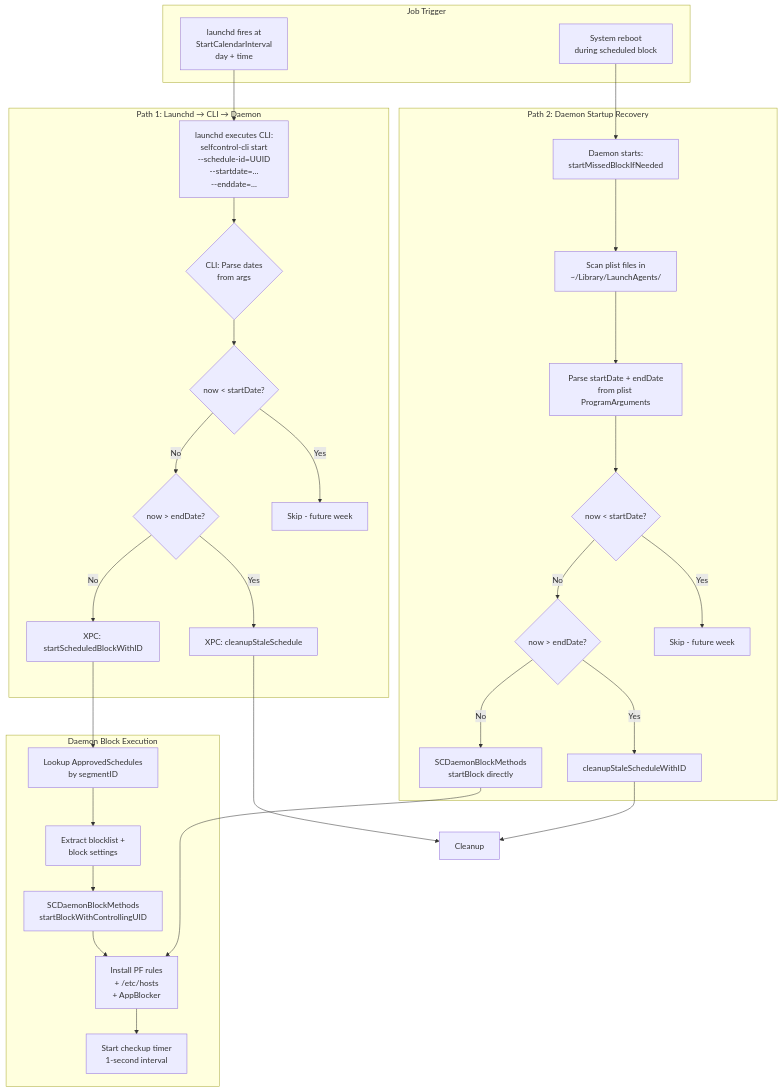
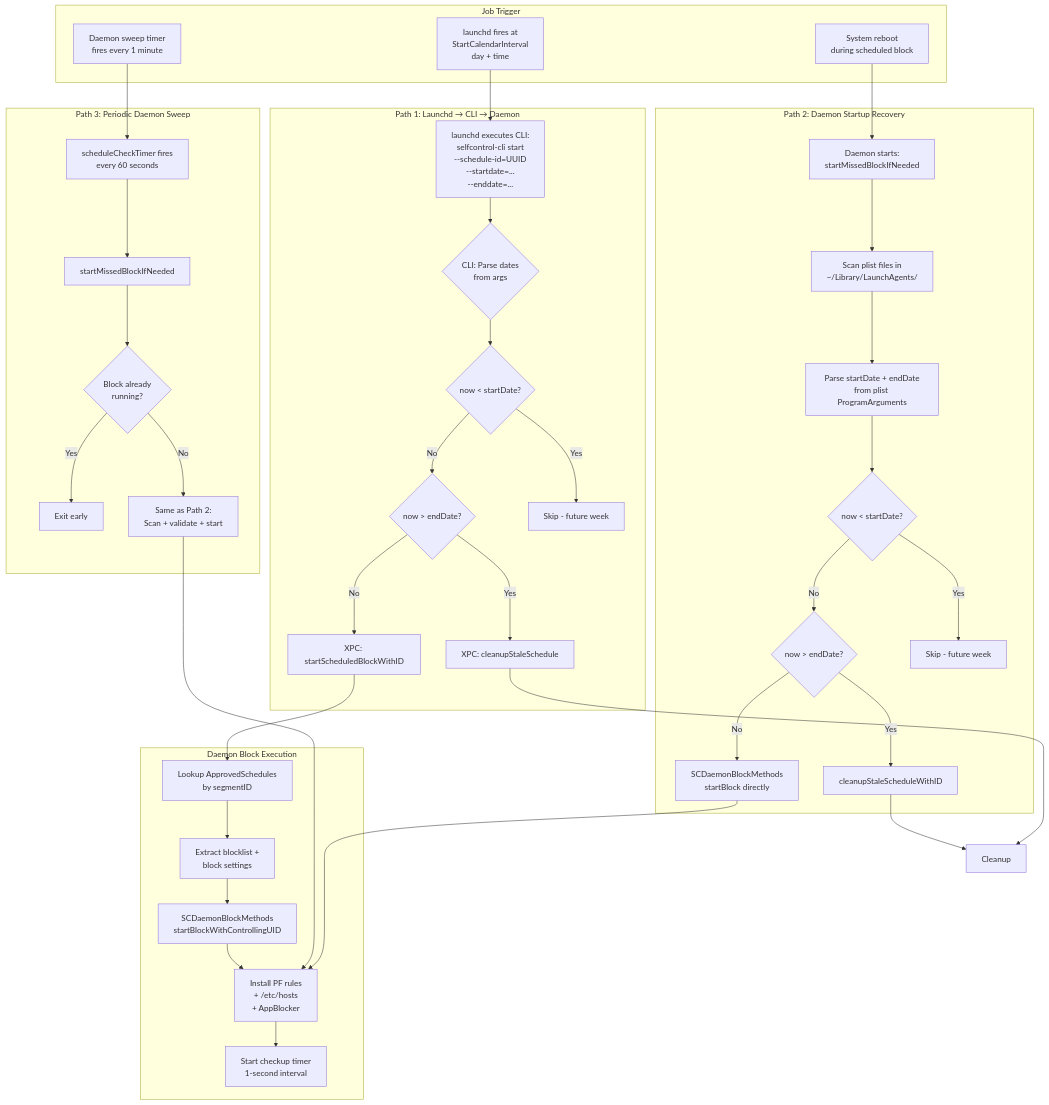
The second of 7 diagrams in docs/SCHEDULE_JOB_LIFECYCLE.md (bodhibyte/fence), drawn with Mermaid before and after one commit. The commit also changed other lines of this file and 6 other files, not shown here.

First line of the commit message:
Add 1-minute daemon sweep for scheduled block resilience

````diff
--- a/docs/SCHEDULE_JOB_LIFECYCLE.md
+++ b/docs/SCHEDULE_JOB_LIFECYCLE.md
@@ -48,62 +58,78 @@
 ```mermaid
 flowchart TB
     subgraph Trigger["Job Trigger"]
         T1[launchd fires at<br/>StartCalendarInterval<br/>day + time]
         T2[System reboot<br/>during scheduled block]
+        T3[Daemon sweep timer<br/>fires every 1 minute]
     end
 
     subgraph Path1["Path 1: Launchd → CLI → Daemon"]
         P1A[launchd executes CLI:<br/>selfcontrol-cli start<br/>--schedule-id=UUID<br/>--startdate=...<br/>--enddate=...]
         P1B{CLI: Parse dates<br/>from args}
         P1C{now < startDate?}
         P1D{now > endDate?}
         P1E[XPC: cleanupStaleSchedule]
         P1F[XPC: startScheduledBlockWithID]
         P1G[Skip - future week]
     end
 
     subgraph Path2["Path 2: Daemon Startup Recovery"]
         P2A[Daemon starts:<br/>startMissedBlockIfNeeded]
         P2B[Scan plist files in<br/>~/Library/LaunchAgents/]
         P2C[Parse startDate + endDate<br/>from plist ProgramArguments]
         P2D{now < startDate?}
         P2E{now > endDate?}
         P2F[cleanupStaleScheduleWithID]
         P2G[SCDaemonBlockMethods<br/>startBlock directly]
         P2H[Skip - future week]
+    end
+
+    subgraph Path3["Path 3: Periodic Daemon Sweep"]
+        P3A[scheduleCheckTimer fires<br/>every 60 seconds]
+        P3B[startMissedBlockIfNeeded]
+        P3C{Block already<br/>running?}
+        P3D[Exit early]
+        P3E[Same as Path 2:<br/>Scan + validate + start]
     end
 
     subgraph Daemon["Daemon Block Execution"]
         D1[Lookup ApprovedSchedules<br/>by segmentID]
         D2[Extract blocklist +<br/>block settings]
         D3[SCDaemonBlockMethods<br/>startBlockWithControllingUID]
         D4[Install PF rules<br/>+ /etc/hosts<br/>+ AppBlocker]
         D5[Start checkup timer<br/>1-second interval]
     end
 
     T1 --> P1A
     P1A --> P1B
     P1B --> P1C
     P1C -->|Yes| P1G
     P1C -->|No| P1D
     P1D -->|Yes| P1E
     P1D -->|No| P1F
     P1E --> Cleanup
     P1F --> D1
 
     T2 --> P2A
     P2A --> P2B
     P2B --> P2C
     P2C --> P2D
     P2D -->|Yes| P2H
     P2D -->|No| P2E
     P2E -->|Yes| P2F
     P2E -->|No| P2G
     P2F --> Cleanup
     P2G --> D4
 
+    T3 --> P3A
+    P3A --> P3B
+    P3B --> P3C
+    P3C -->|Yes| P3D
+    P3C -->|No| P3E
+    P3E --> D4
+
     D1 --> D2
     D2 --> D3
     D3 --> D4
     D4 --> D5
 ```
````
